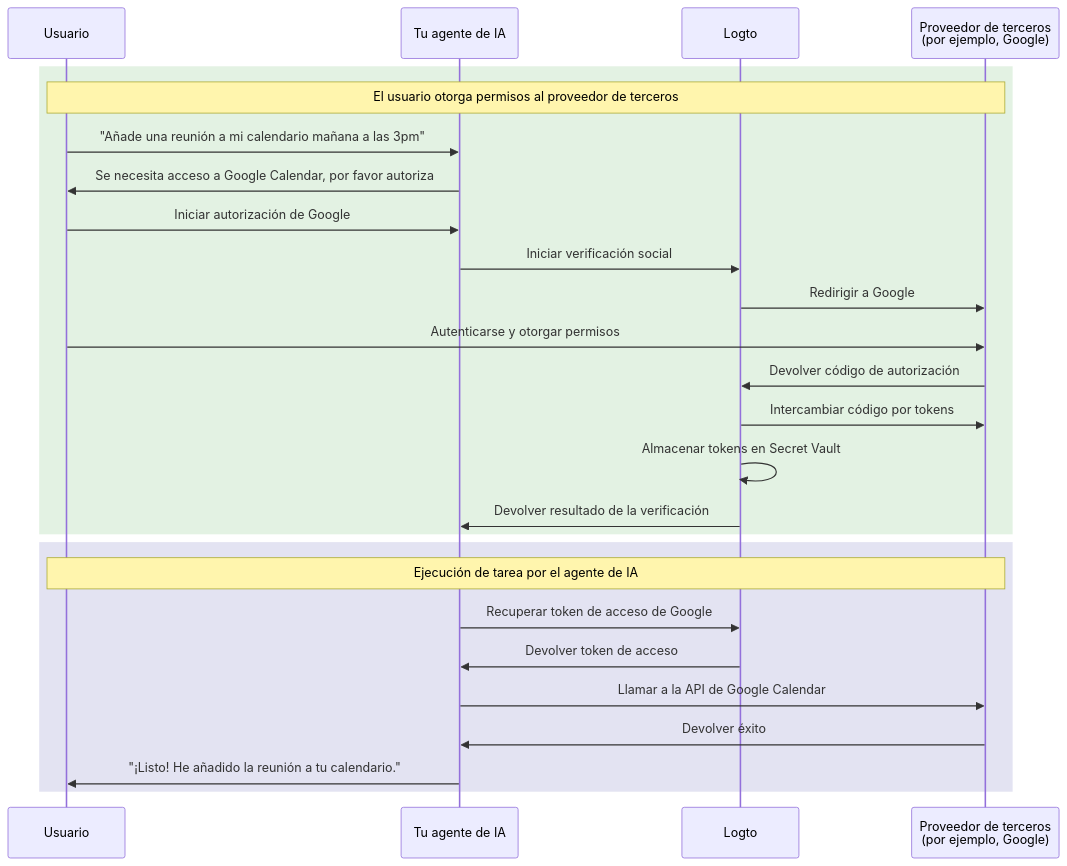
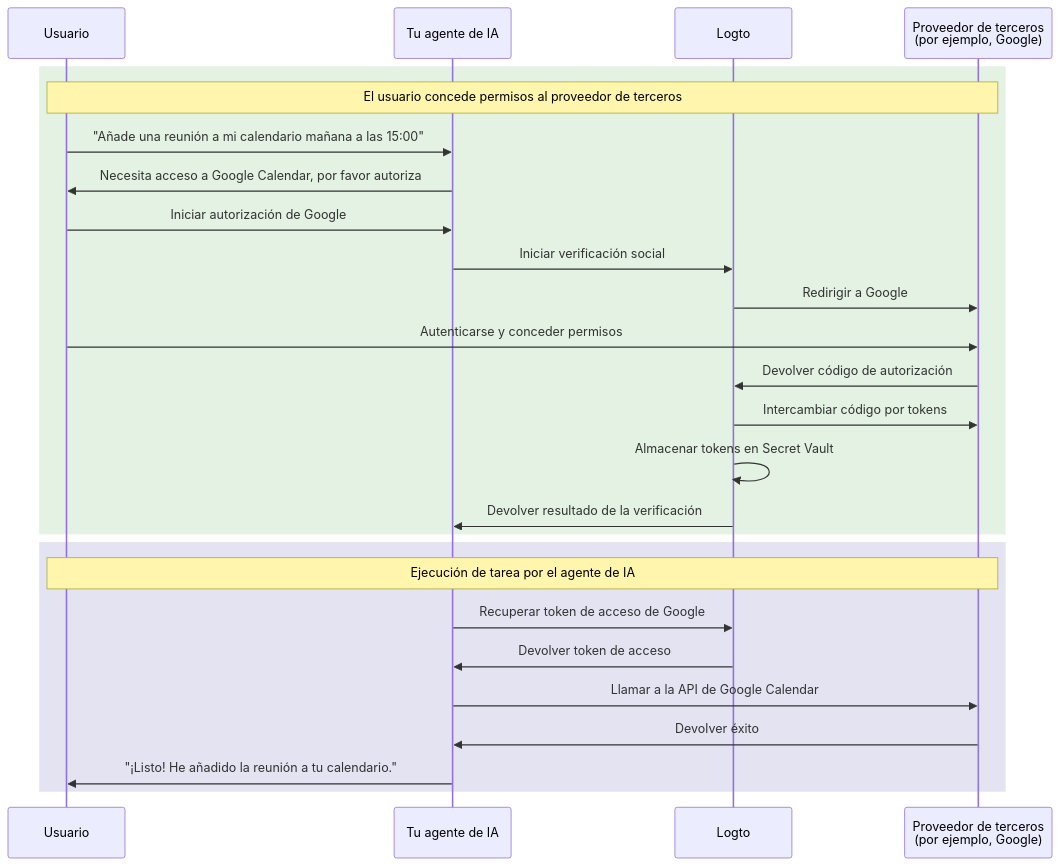
The diagram in i18n/es/docusaurus-plugin-content-docs/current/use-cases/ai/connect-your-agent-to-third-party-apis.mdx (logto-io/docs), drawn with Mermaid before and after one commit. The commit also changed other lines of this file and 666 other files, not shown here.

````diff
--- a/i18n/es/docusaurus-plugin-content-docs/current/use-cases/ai/connect-your-agent-to-third-party-apis.mdx
+++ b/i18n/es/docusaurus-plugin-content-docs/current/use-cases/ai/connect-your-agent-to-third-party-apis.mdx
@@ -32,30 +32,30 @@
 ```mermaid
 sequenceDiagram
     participant Usuario
     participant Agente as Tu agente de IA
     participant Logto
     participant Google as Proveedor de terceros<br/>(por ejemplo, Google)
 
     rect rgba(200, 230, 200, 0.5)
-        Note over Usuario, Google: El usuario otorga permisos al proveedor de terceros
-        Usuario->>Agente: "Añade una reunión a mi calendario mañana a las 3pm"
-        Agente->>Usuario: Se necesita acceso a Google Calendar, por favor autoriza
+        Note over Usuario, Google: El usuario concede permisos al proveedor de terceros
+        Usuario->>Agente: "Añade una reunión a mi calendario mañana a las 15:00"
+        Agente->>Usuario: Necesita acceso a Google Calendar, por favor autoriza
         Usuario->>Agente: Iniciar autorización de Google
         Agente->>Logto: Iniciar verificación social
         Logto->>Google: Redirigir a Google
-        Usuario->>Google: Autenticarse y otorgar permisos
+        Usuario->>Google: Autenticarse y conceder permisos
         Google->>Logto: Devolver código de autorización
         Logto->>Google: Intercambiar código por tokens
         Logto->>Logto: Almacenar tokens en Secret Vault
         Logto->>Agente: Devolver resultado de la verificación
     end
 
     rect rgba(200, 200, 230, 0.5)
         Note over Usuario, Google: Ejecución de tarea por el agente de IA
         Agente->>Logto: Recuperar token de acceso de Google
         Logto->>Agente: Devolver token de acceso
         Agente->>Google: Llamar a la API de Google Calendar
         Google->>Agente: Devolver éxito
         Agente->>Usuario: "¡Listo! He añadido la reunión a tu calendario."
     end
 ```
````
